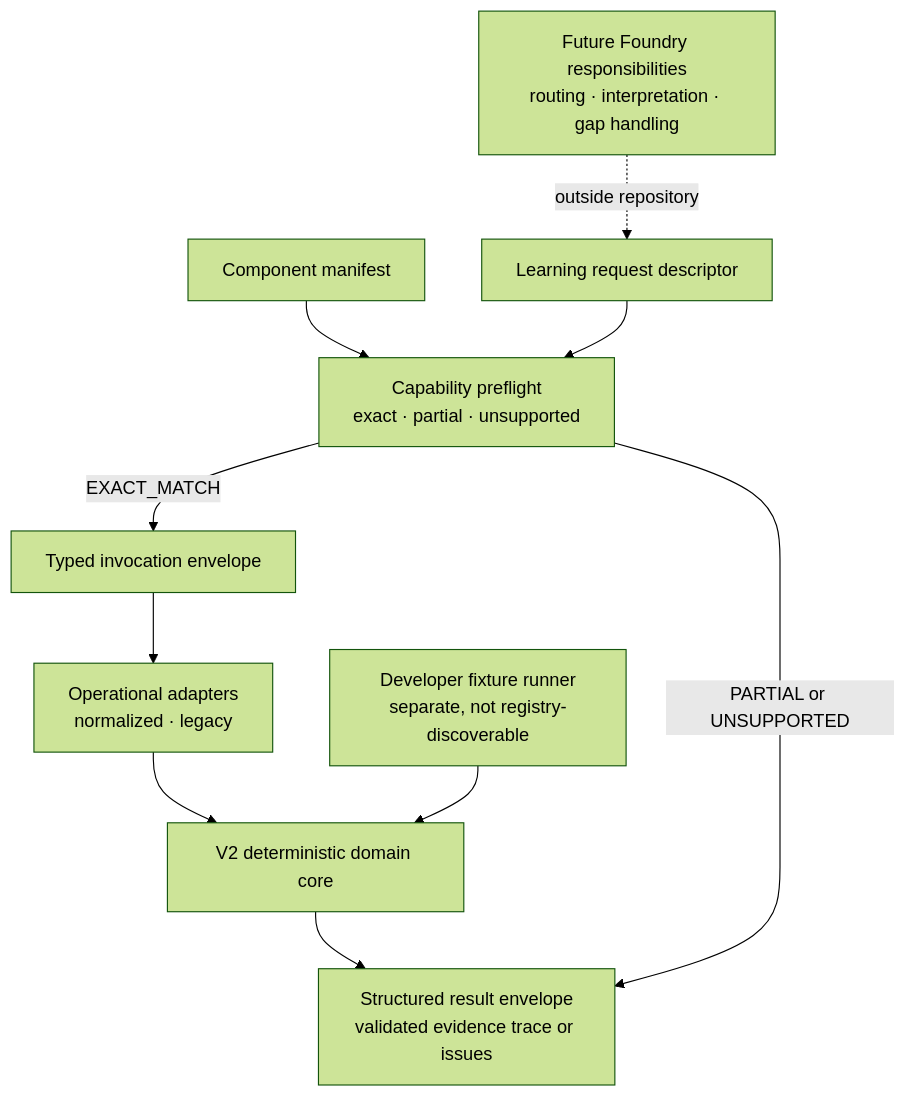
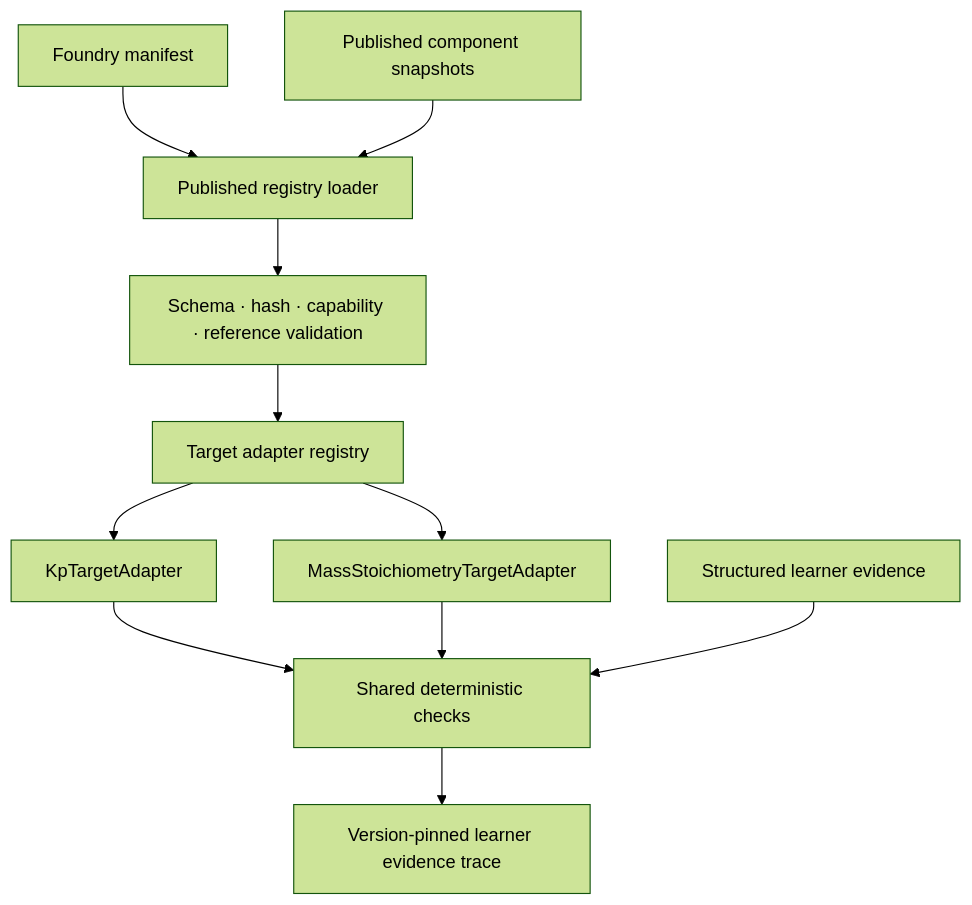
The diagram in docs/ARCHITECTURE.md (shhh-hoo/standard-trainer-demo), drawn with Mermaid (forest theme) before and after one commit. The commit also changed other lines of this file and 29 other files, not shown here.

First line of the commit message:
Consume Foundry-published diagnostic components (#8)

````diff
--- a/docs/ARCHITECTURE.md
+++ b/docs/ARCHITECTURE.md
@@ -9,22 +7,13 @@
 ```mermaid
 flowchart TD
-    R["Learning request descriptor"]
-    M["Component manifest"]
-    F["Capability preflight<br/>exact · partial · unsupported"]
-    I["Typed invocation envelope"]
-    A["Operational adapters<br/>normalized · legacy"]
-    E["V2 deterministic domain core"]
-    V["Structured result envelope<br/>validated evidence trace or issues"]
-    D["Developer fixture runner<br/>separate, not registry-discoverable"]
-    X["Future Foundry responsibilities<br/>routing · interpretation · gap handling"]
-
-    M --> F
-    R --> F
-    F -->|EXACT_MATCH| I
-    I --> A
-    A --> E
-    E --> V
-    D --> E
-    F -->|PARTIAL or UNSUPPORTED| V
-    X -. outside repository .-> R
+  M["Foundry manifest"] --> R["Published registry loader"]
+  P["Published component snapshots"] --> R
+  R --> V["Schema · hash · capability · reference validation"]
+  V --> A["Target adapter registry"]
+  A --> K["KpTargetAdapter"]
+  A --> S["MassStoichiometryTargetAdapter"]
+  K --> C["Shared deterministic checks"]
+  S --> C
+  E["Structured learner evidence"] --> C
+  C --> T["Version-pinned learner evidence trace"]
 ```
````
